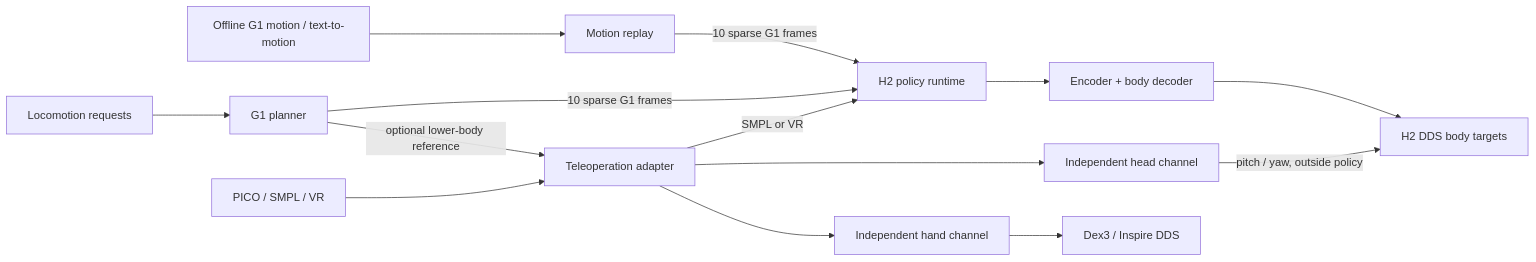
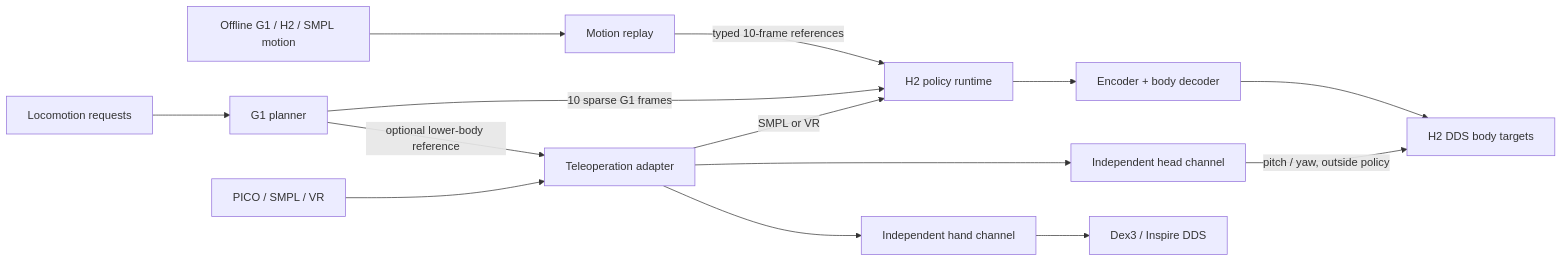
One commit to QinnyuLan/SONIC_unitree_h2 changed the diagram in docs/ARCHITECTURE.md. Above: the diagram before and after it, drawn with Mermaid. The commit also changed other lines of this file and 383 other files, not shown here.

Commit message:
Add typed G1, H2 and SMPL motion replay with complete demo collections

````diff
--- a/docs/ARCHITECTURE.md
+++ b/docs/ARCHITECTURE.md
@@ -7,16 +7,16 @@
 ```mermaid
 flowchart LR
-  R[Offline G1 motion / text-to-motion] --> M[Motion replay]
+  R[Offline G1 / H2 / SMPL motion] --> M[Motion replay]
   J[Locomotion requests] --> P[G1 planner]
-  M -->|10 sparse G1 frames| B[H2 policy runtime]
+  M -->|typed 10-frame references| B[H2 policy runtime]
   P -->|10 sparse G1 frames| B
   V[PICO / SMPL / VR] --> T[Teleoperation adapter]
   P -->|optional lower-body reference| T
   T -->|SMPL or VR| B
   B --> E[Encoder + body decoder]
   E --> D[H2 DDS body targets]
   T --> H[Independent head channel]
   T --> F[Independent hand channel]
   H -->|pitch / yaw, outside policy| D
   F --> K[Dex3 / Inspire DDS]
 ```
````
